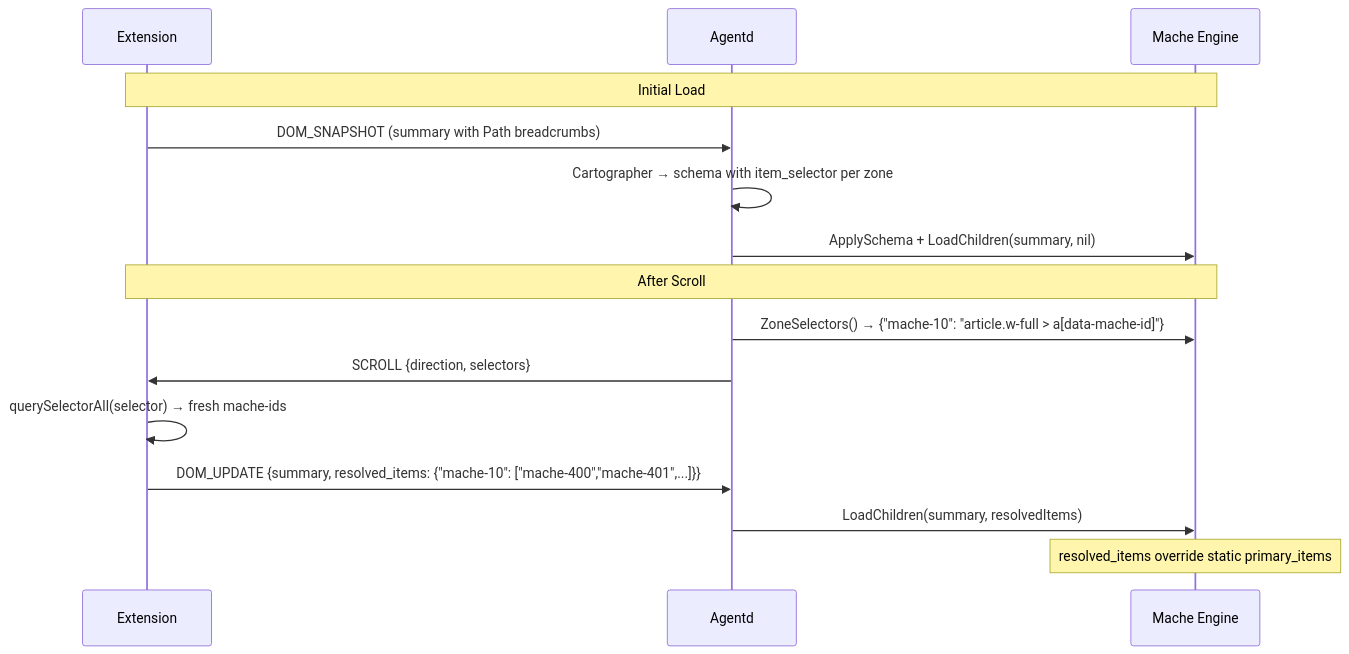
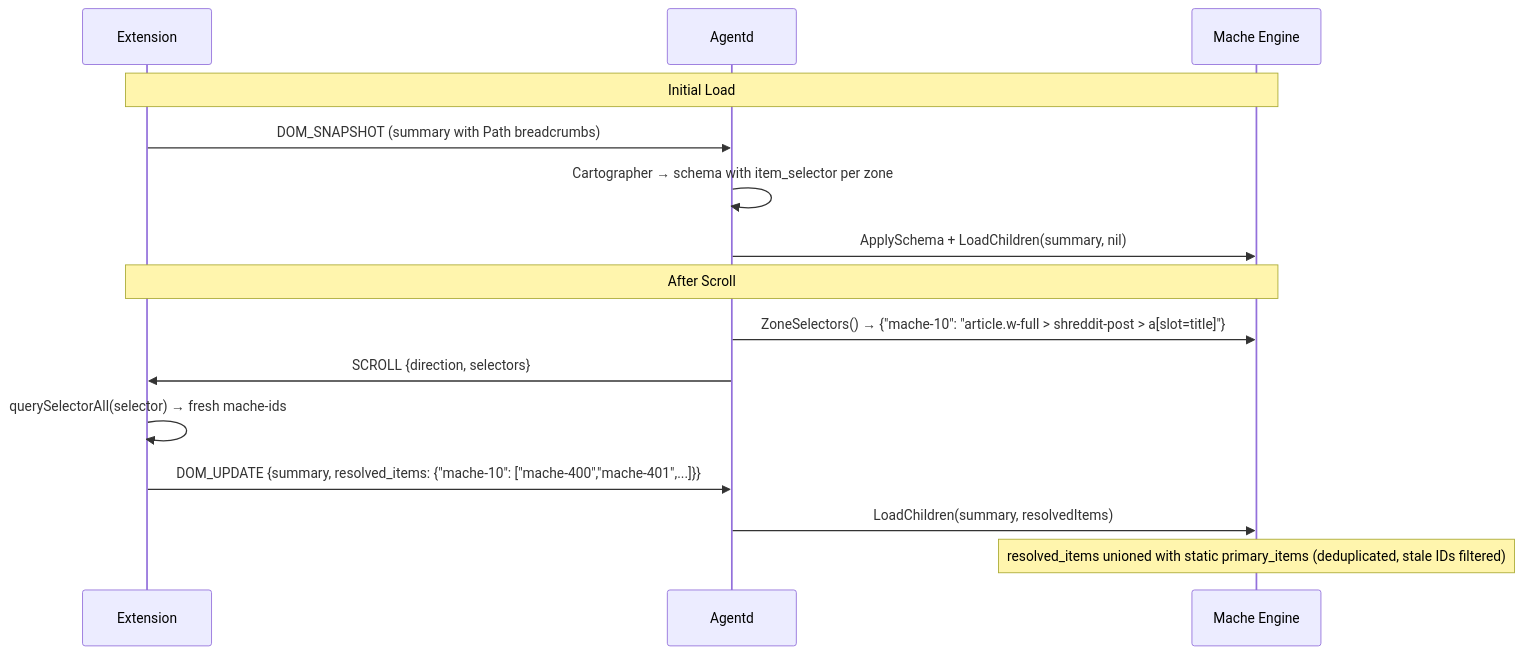
Before and after one commit to agentic-research/x-ray: the fifth of 5 diagrams in docs/ARCHITECTURE.md, drawn with Mermaid. The commit also changed other lines of this file and 8 other files, not shown here.

````diff
--- a/docs/ARCHITECTURE.md
+++ b/docs/ARCHITECTURE.md
@@ -205,19 +207,19 @@
 ```mermaid
 sequenceDiagram
     participant E as Extension
     participant A as Agentd
     participant M as Mache Engine
 
     Note over E,M: Initial Load
     E->>A: DOM_SNAPSHOT (summary with Path breadcrumbs)
     A->>A: Cartographer → schema with item_selector per zone
     A->>M: ApplySchema + LoadChildren(summary, nil)
 
     Note over E,M: After Scroll
-    A->>M: ZoneSelectors() → {"mache-10": "article.w-full > a[data-mache-id]"}
+    A->>M: ZoneSelectors() → {"mache-10": "article.w-full > shreddit-post > a[slot=title]"}
     A->>E: SCROLL {direction, selectors}
     E->>E: querySelectorAll(selector) → fresh mache-ids
     E->>A: DOM_UPDATE {summary, resolved_items: {"mache-10": ["mache-400","mache-401",...]}}
     A->>M: LoadChildren(summary, resolvedItems)
-    Note over M: resolved_items override static primary_items
+    Note over M: resolved_items unioned with static primary_items (deduplicated, stale IDs filtered)
 ```
````
